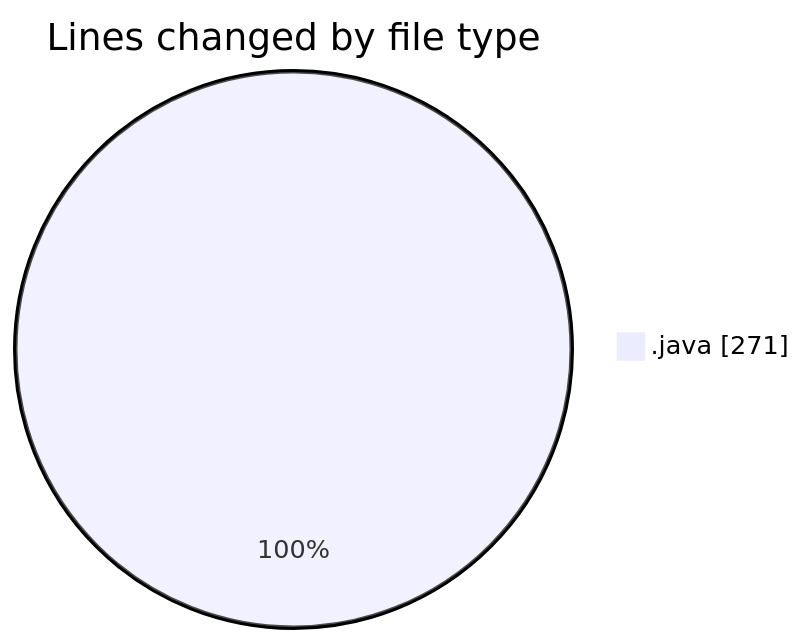
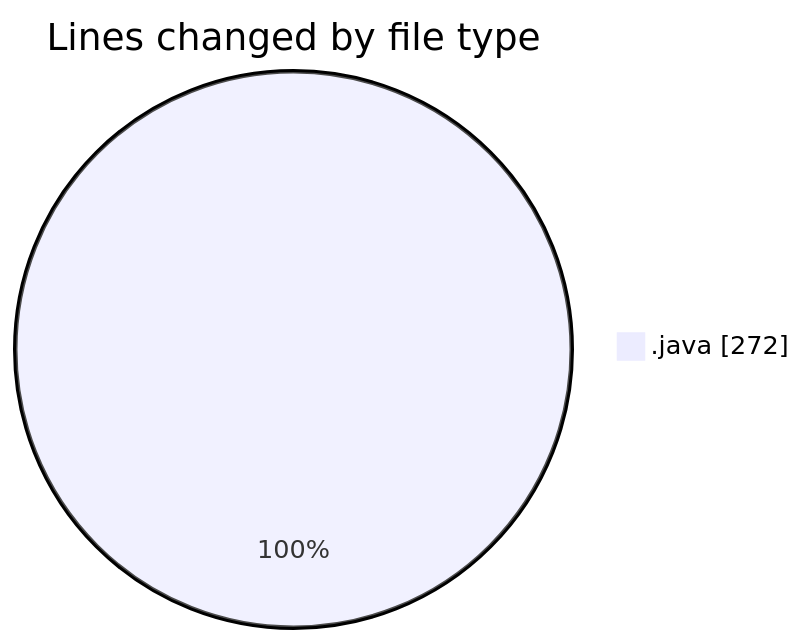
Before and after one commit to ricardozamudiocil/code-tracking: the first of 2 diagrams in 2026-05-26/cilapp/README.md, drawn with Mermaid. The commit also changed other lines of this file and 1 other file, not shown here.

````diff
--- a/2026-05-26/cilapp/README.md
+++ b/2026-05-26/cilapp/README.md
@@ -20,5 +20,5 @@
 ```mermaid
 pie showData
 title Lines changed by file type
-".java" : 271
+".java" : 272
 ```
````
